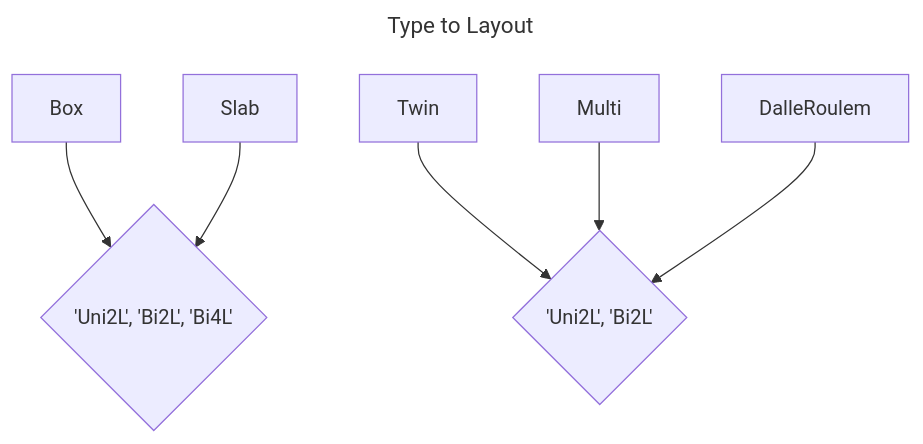
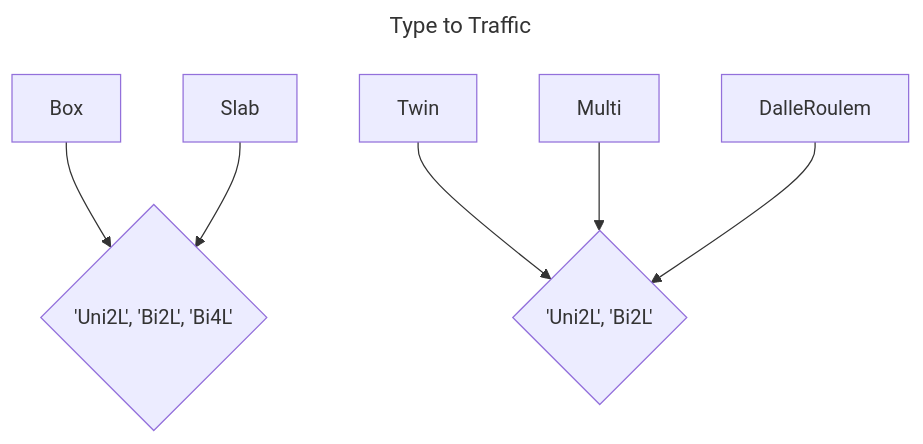
One commit to EPFL-ENAC/resslab-astra_82001 changed the fifth of 7 diagrams in README.md. Above: the diagram before and after it, drawn with Mermaid. The commit also changed 2 other files, not shown here.

Commit message:
style: update bridge type handling in LongitudinalVerification component for improved data retrieval

````diff
--- a/README.md
+++ b/README.md
@@ -170,19 +170,19 @@
 ```mermaid
 ---
-title: Type to Layout
+title: Type to Traffic
 ---
 
 graph TD
-    %% Layout
+    %% Traffic
     %% Box -> [ 'Uni2L', 'Bi2L', 'Bi4L' ]
     %% Twin -> [ 'Uni2L', 'Bi2L' ]
     %% Multi -> [ 'Uni2L', 'Bi2L' ]
     %% Slab -> [ 'Uni2L', 'Bi2L', 'Bi4L' ]
     %% DalleRoulem --> [ 'Uni2L', 'Bi2L' ]
 
     A[Box] --> S1{UNI2L, BI2L, BI4L}
     B[Twin] --> S2{'Uni2L', 'Bi2L'}
     C[Multi] --> S2{'Uni2L', 'Bi2L'}
     D[Slab] --> S1{'Uni2L', 'Bi2L', 'Bi4L'}
     E[DalleRoulem] --> S2{'Uni2L', 'Bi2L'}
 ```
````
